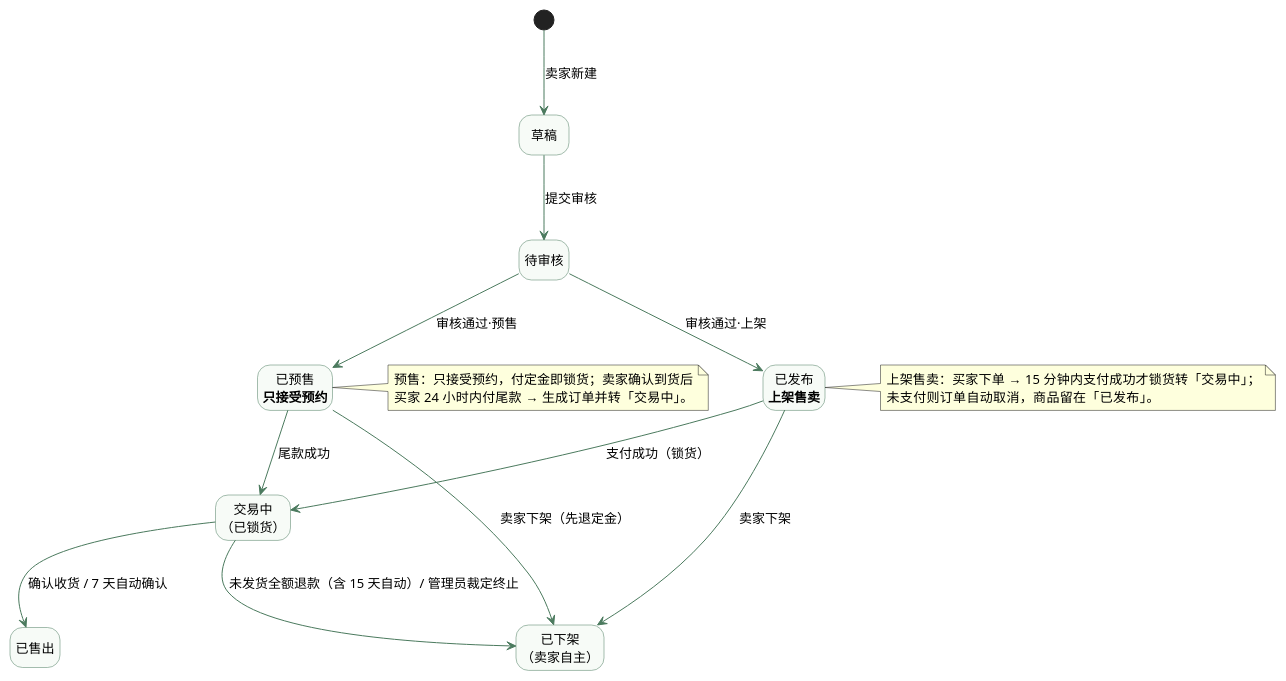
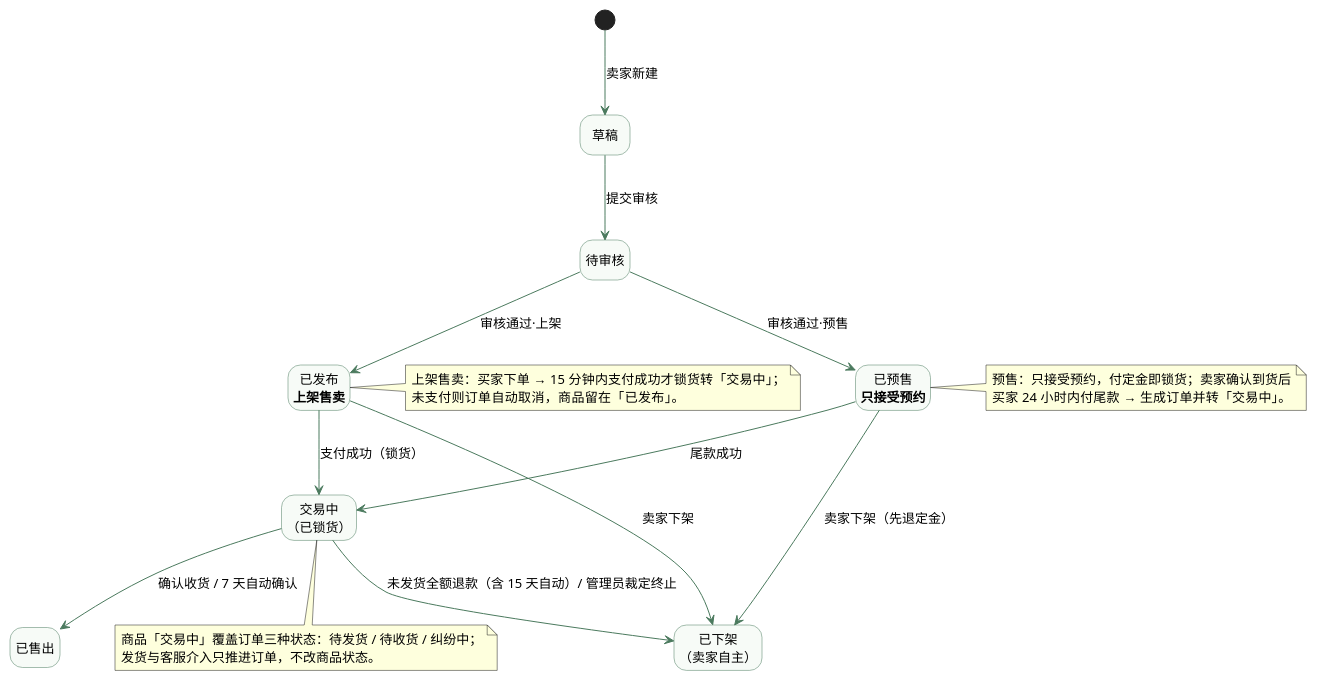
Before and after one commit to XuHR233/SE-lab1-requirements: the diagram in lab02/UML/状态图.puml, drawn with PlantUML. The commit also changed 1 other file, not shown here.

Commit message:
状态图：交易中注记显式写出与订单三态（待发货/待收货/纠纷中）的一对多关系

```diff
--- a/lab02/UML/状态图.puml
+++ b/lab02/UML/状态图.puml
@@ -1,51 +1,56 @@
 @startuml
 ' 实验二 · 二手交易系统 · 状态图（一）成交主线：草稿 → 审核 → 上架/预售 两支 → 交易中 → 售出 / 下架
 ' 本图 9 条 + 状态图2 11 条 = REQ-010 允许的 20 条转换（不重复、不遗漏）
 ' 可见性口径（据 REQ-005「通过则进入已发布或已预售并对外可见」+ REQ-012）：对外可见只有已发布、已预售；
 ' 交易中与已售出都不进搜索结果与列表，仅订单双方可从订单进入详情，他人与游客返回「商品不存在或已下架」。
 skinparam defaultFontName "Microsoft YaHei"
 skinparam defaultFontSize 13
 skinparam shadowing false
 skinparam nodesep 55
 skinparam ranksep 65
 skinparam ArrowColor #4B7A5E
 skinparam state {
   BackgroundColor #F7FBF7
   BorderColor #4B7A5E
   FontSize 13
 }
 hide empty description
 
 state "草稿" as S1
 state "待审核" as S2
 state "已发布\n<b>上架售卖</b>" as S4
 state "已预售\n<b>只接受预约</b>" as S5
 state "交易中\n（已锁货）" as S6
 state "已售出" as S7
 state "已下架\n（卖家自主）" as S8
 
 [*] --> S1 : 卖家新建
 S1 --> S2 : 提交审核
 S2 --> S4 : 审核通过·上架
 S2 --> S5 : 审核通过·预售
 
 S4 --> S6 : 支付成功（锁货）
 S5 --> S6 : 尾款成功
 S6 --> S7 : 确认收货 / 7 天自动确认
 
 S4 --> S8 : 卖家下架
 S5 --> S8 : 卖家下架（先退定金）
 S6 --> S8 : 未发货全额退款（含 15 天自动）/ 管理员裁定终止
 
 
 note right of S4
   上架售卖：买家下单 → 15 分钟内支付成功才锁货转「交易中」；
   未支付则订单自动取消，商品留在「已发布」。
 end note
 
+note bottom of S6
+  商品「交易中」覆盖订单三种状态：待发货 / 待收货 / 纠纷中；
+  发货与客服介入只推进订单，不改商品状态。
+end note
+
 note right of S5
   预售：只接受预约，付定金即锁货；卖家确认到货后
   买家 24 小时内付尾款 → 生成订单并转「交易中」。
 end note
 
 @enduml
```
